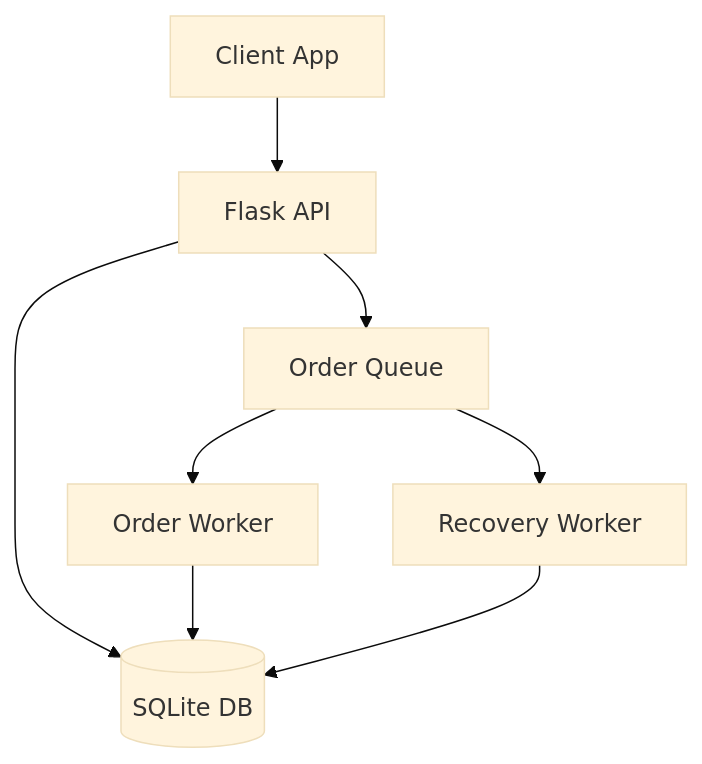
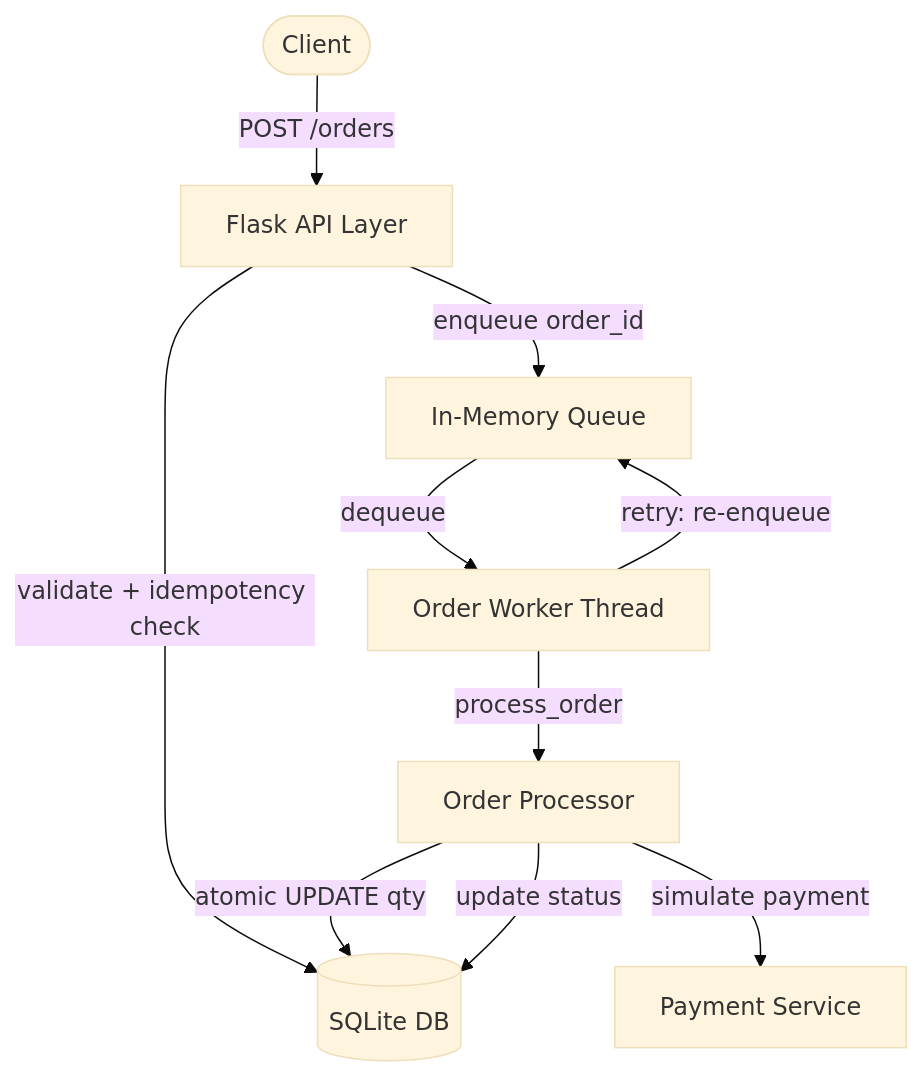
The first of 3 diagrams in DESIGN.md (Biswajit2595/flask-assignment), drawn with Mermaid (base theme) before and after one commit. The commit also changed other lines of this file, not shown here.

````diff
--- a/DESIGN.md
+++ b/DESIGN.md
@@ -14,10 +15,12 @@
 ```mermaid
 graph TB
-    Client[Client App] --> API[Flask API]
-    API --> DB[(SQLite DB)]
-    API --> Queue[Order Queue]
-    Queue --> Worker[Order Worker]
-    Queue --> Recovery[Recovery Worker]
-    Worker --> DB
-    Recovery --> DB
+    Client([Client]) -->|POST /orders| API[Flask API Layer]
+    API -->|validate + idempotency check| DB[(SQLite DB)]
+    API -->|enqueue order_id| Queue[In-Memory Queue]
+    Queue -->|dequeue| Worker[Order Worker Thread]
+    Worker -->|process_order| Processor[Order Processor]
+    Processor -->|atomic UPDATE qty| DB
+    Processor -->|simulate payment| Payment[Payment Service]
+    Processor -->|update status| DB
+    Worker -->|retry: re-enqueue| Queue
 ```
````
